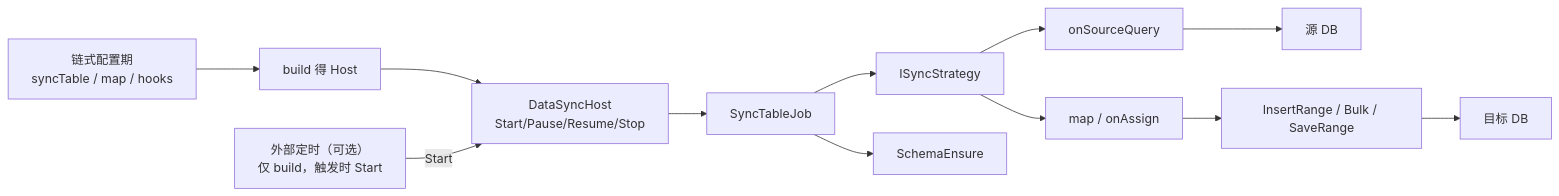
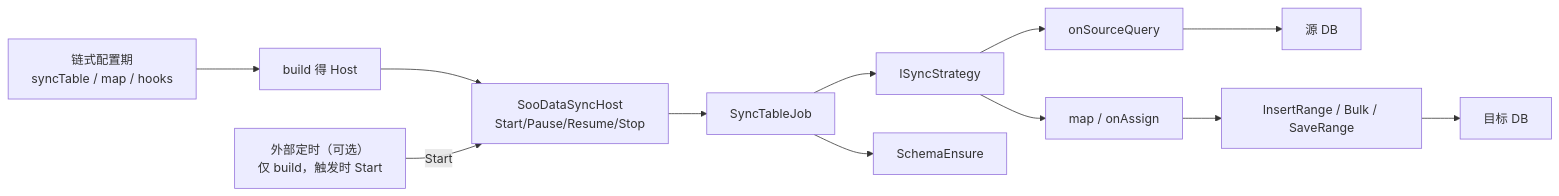
Before and after one commit to sailuosi/mooSQL: the first of 3 diagrams in doc/design/features/同步/数据同步基类设计.md, drawn with Mermaid. The commit also changed other lines of this file and 16 other files, not shown here.

````diff
--- a/doc/design/features/同步/数据同步基类设计.md
+++ b/doc/design/features/同步/数据同步基类设计.md
@@ -43,27 +43,27 @@
 ```mermaid
 flowchart LR
   ext["外部定时（可选）\n仅 build，触发时 Start"]
   cfg["链式配置期\nsyncTable / map / hooks"]
   built["build 得 Host"]
-  host["DataSyncHost\nStart/Pause/Resume/Stop"]
+  host["SooDataSyncHost\nStart/Pause/Resume/Stop"]
   job1[SyncTableJob]
   strat[ISyncStrategy]
   hookQ["onSourceQuery"]
   mapFn["map / onAssign"]
   src["源 DB"]
   dst["目标 DB"]
   schema[SchemaEnsure]
   write["InsertRange / Bulk / SaveRange"]
 
   cfg --> built
   built --> host
   ext -->|"Start"| host
   host --> job1
   job1 --> strat
   strat --> hookQ
   hookQ --> src
   strat --> mapFn
   mapFn --> write
   write --> dst
   job1 --> schema
 ```
````
